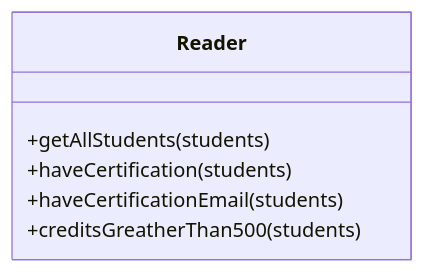
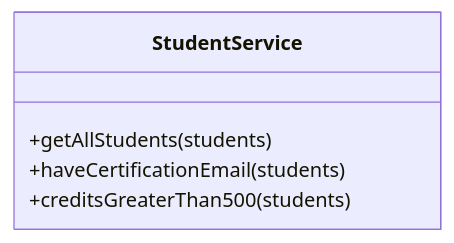
Before and after one commit to Emilio17MC/Visual-Thinking-API: the third of 4 diagrams in README.md, drawn with Mermaid. The commit also changed other lines of this file and 4 other files, not shown here.

````diff
--- a/README.md
+++ b/README.md
@@ -33,8 +33,7 @@
 ```mermaid
 classDiagram
-    class Reader
-    Reader : +getAllStudents(students)
-    Reader : +haveCertification(students)
-    Reader : +haveCertificationEmail(students)
-    Reader : +creditsGreatherThan500(students)
+    class StudentService
+    StudentService : +getAllStudents(students)
+    StudentService : +haveCertificationEmail(students)
+    StudentService : +creditsGreaterThan500(students)
 ```
````
